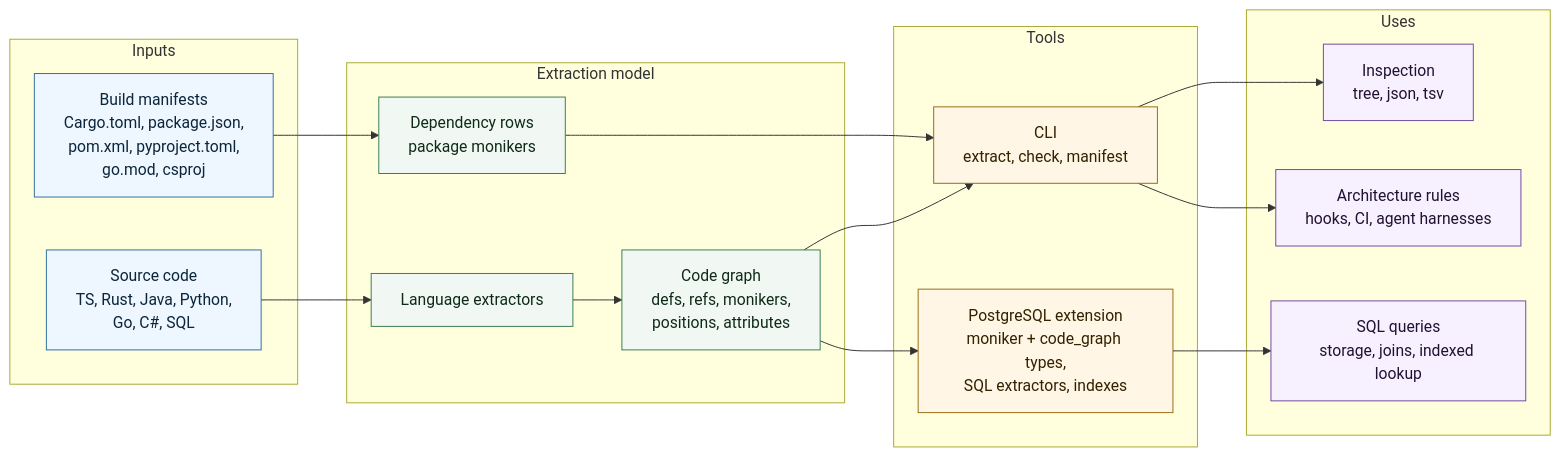
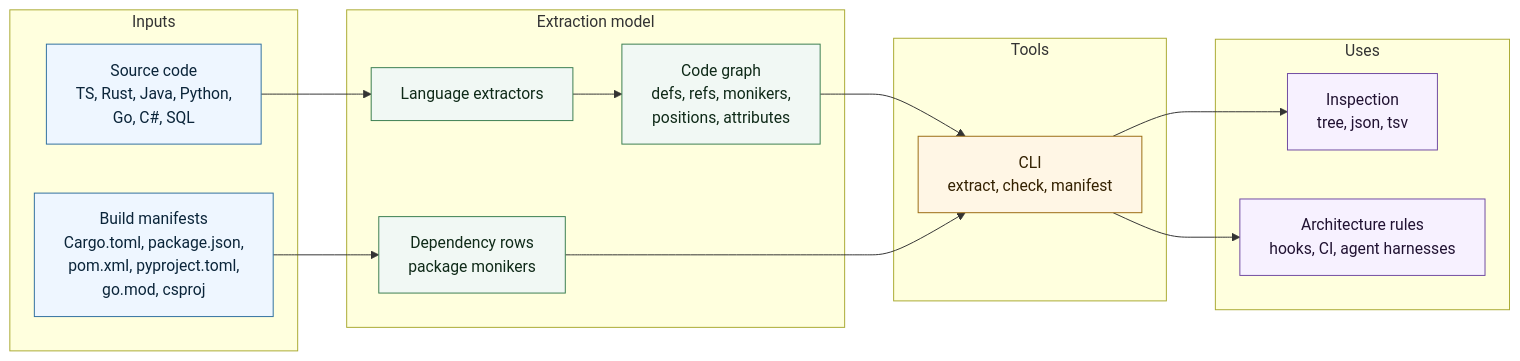
The diagram in README.md (ng-galien/code-moniker), drawn with Mermaid before and after one commit. The commit also changed other lines of this file and 79 other files, not shown here.

````diff
--- a/README.md
+++ b/README.md
@@ -45,42 +40,38 @@
 ```mermaid
 flowchart LR
   subgraph Input["Inputs"]
     S["Source code<br/>TS, Rust, Java, Python,<br/>Go, C#, SQL"]
     M["Build manifests<br/>Cargo.toml, package.json,<br/>pom.xml, pyproject.toml,<br/>go.mod, csproj"]
   end
 
   subgraph Model["Extraction model"]
     E["Language extractors"]
     G["Code graph<br/>defs, refs, monikers,<br/>positions, attributes"]
     D["Dependency rows<br/>package monikers"]
   end
 
   subgraph Tools["Tools"]
     C["CLI<br/>extract, check, manifest"]
-    P["PostgreSQL extension<br/>moniker + code_graph types,<br/>SQL extractors, indexes"]
   end
 
   subgraph Uses["Uses"]
     I["Inspection<br/>tree, json, tsv"]
     R["Architecture rules<br/>hooks, CI, agent harnesses"]
-    Q["SQL queries<br/>storage, joins, indexed lookup"]
   end
 
   S --> E --> G
   M --> D
   G --> C
-  G --> P
   D --> C
   C --> I
   C --> R
-  P --> Q
 
   classDef input fill:#eef6ff,stroke:#2f6f9f,color:#0b253a
   classDef model fill:#f1f8f4,stroke:#3a7d4f,color:#0f2a18
   classDef tool fill:#fff6e5,stroke:#9a6b12,color:#332100
   classDef use fill:#f7f1ff,stroke:#6f4aa1,color:#211232
   class S,M input
   class E,G,D model
-  class C,P tool
-  class I,R,Q use
+  class C tool
+  class I,R use
 ```
````
